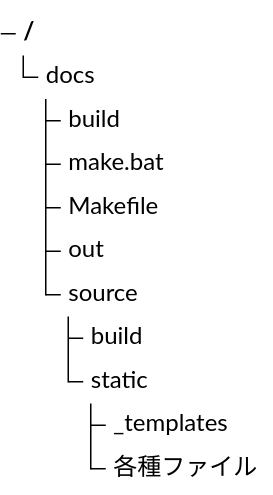
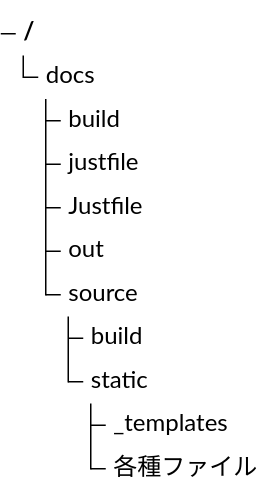
One commit to HiroyukiFuruno/KatanA changed diagram 47 of 58 in assets/fixtures/sample_mermaid_ja.md. Above: the diagram before and after it, drawn with Mermaid. The commit also changed 8 other files, not shown here.

````diff
--- a/assets/fixtures/sample_mermaid_ja.md
+++ b/assets/fixtures/sample_mermaid_ja.md
@@ -828,13 +828,13 @@
 ```mermaid
 treeView-beta
             "docs"
                 "build"
-                "make.bat"
-                "Makefile"
+                "justfile"
+                "Justfile"
                 "out"
                 "source"
                     "build"
                     "static"
                         "_templates"
                         "各種ファイル"
 ```
````
